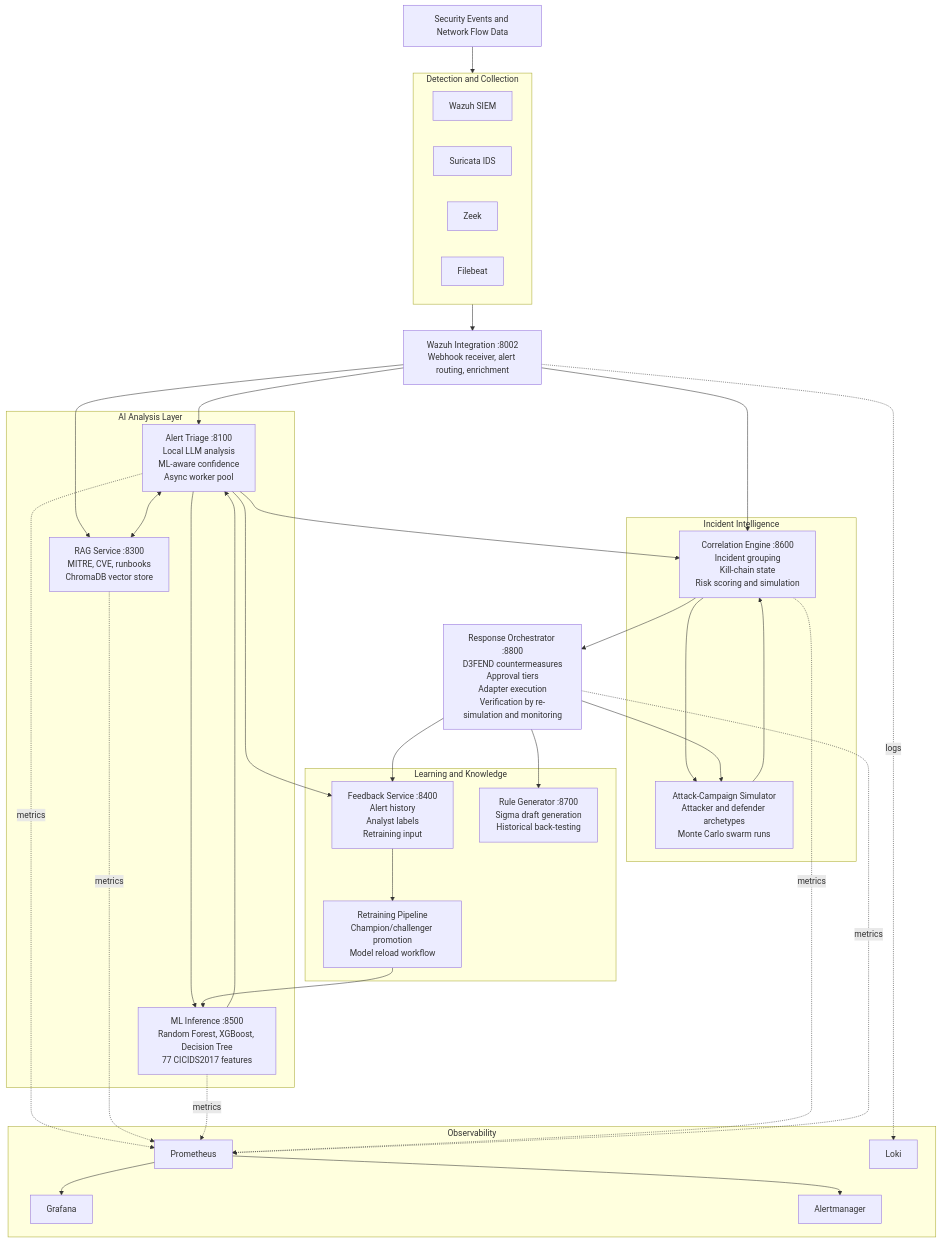
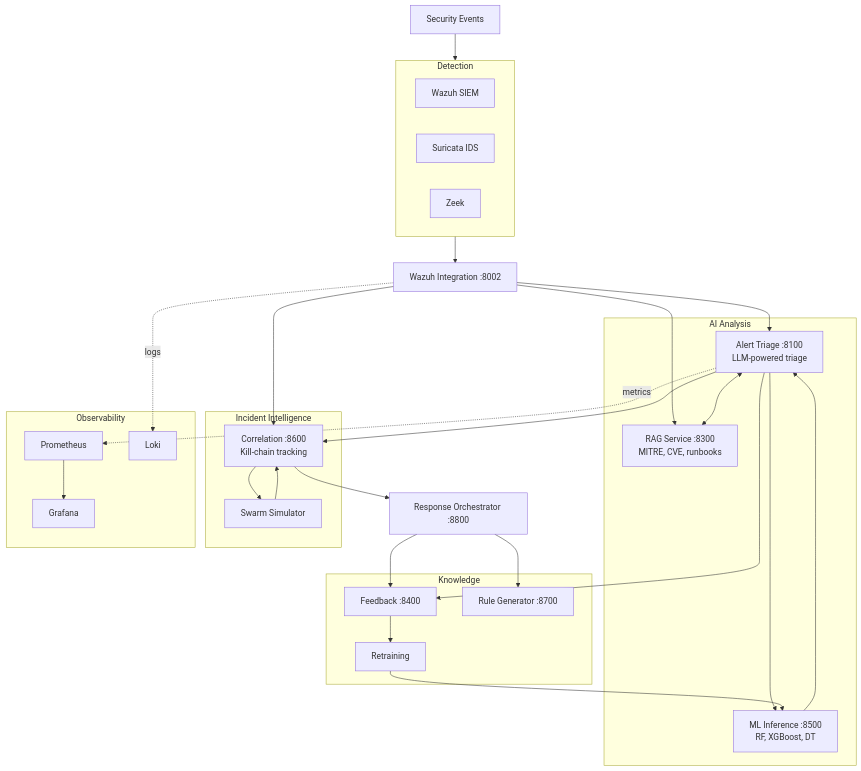
Before and after one commit to AyoubHamrouni/Argus: the diagram in README.md, drawn with Mermaid. The commit also changed other lines of this file and 17 other files, not shown here.

````diff
--- a/README.md
+++ b/README.md
@@ -52,67 +51,59 @@
 ```mermaid
 flowchart TB
-    events["Security Events and Network Flow Data"]
+    events["Security Events"]
 
-    subgraph collect["Detection and Collection"]
+    subgraph collect["Detection"]
         wazuh["Wazuh SIEM"]
         suricata["Suricata IDS"]
         zeek["Zeek"]
-        filebeat["Filebeat"]
     end
 
-    integration["Wazuh Integration :8002<br/>Webhook receiver, alert routing, enrichment"]
+    integration["Wazuh Integration :8002"]
 
-    subgraph analysis["AI Analysis Layer"]
-        triage["Alert Triage :8100<br/>Local LLM analysis<br/>ML-aware confidence<br/>Async worker pool"]
-        rag["RAG Service :8300<br/>MITRE, CVE, runbooks<br/>ChromaDB vector store"]
-        ml["ML Inference :8500<br/>Random Forest, XGBoost, Decision Tree<br/>77 CICIDS2017 features"]
+    subgraph analysis["AI Analysis"]
+        triage["Alert Triage :8100<br/>LLM-powered triage"]
+        rag["RAG Service :8300<br/>MITRE, CVE, runbooks"]
+        ml["ML Inference :8500<br/>RF, XGBoost, DT"]
     end
 
-    subgraph memory["Learning and Knowledge"]
-        feedback["Feedback Service :8400<br/>Alert history<br/>Analyst labels<br/>Retraining input"]
-        retraining["Retraining Pipeline<br/>Champion/challenger promotion<br/>Model reload workflow"]
-        rules["Rule Generator :8700<br/>Sigma draft generation<br/>Historical back-testing"]
+    subgraph memory["Knowledge"]
+        feedback["Feedback :8400"]
+        retraining["Retraining"]
+        rules["Rule Generator :8700"]
     end
 
     subgraph incidents["Incident Intelligence"]
-        correlation["Correlation Engine :8600<br/>Incident grouping<br/>Kill-chain state<br/>Risk scoring and simulation"]
-        swarm["Attack-Campaign Simulator<br/>Attacker and defender archetypes<br/>Monte Carlo swarm runs"]
+        correlation["Correlation :8600<br/>Kill-chain tracking"]
+        swarm["Swarm Simulator"]
     end
 
-    orchestrator["Response Orchestrator :8800<br/>D3FEND countermeasures<br/>Approval tiers<br/>Adapter execution<br/>Verification by re-simulation and monitoring"]
+    orchestrator["Response Orchestrator :8800"]
 
     subgraph observe["Observability"]
         prometheus["Prometheus"]
         grafana["Grafana"]
-        alertmanager["Alertmanager"]
         loki["Loki"]
     end
 
     events --> collect
     collect --> integration
     integration --> triage
     integration --> rag
     triage <--> rag
     triage --> ml
     triage --> feedback
     ml --> triage
     feedback --> retraining
     retraining --> ml
     triage --> correlation
     integration --> correlation
     correlation --> swarm
     swarm --> correlation
     correlation --> orchestrator
     orchestrator --> rules
     orchestrator --> feedback
-    orchestrator --> swarm
 
     triage -. metrics .-> prometheus
-    rag -. metrics .-> prometheus
-    ml -. metrics .-> prometheus
-    correlation -. metrics .-> prometheus
-    orchestrator -. metrics .-> prometheus
     prometheus --> grafana
-    prometheus --> alertmanager
     integration -. logs .-> loki
 ```
````
